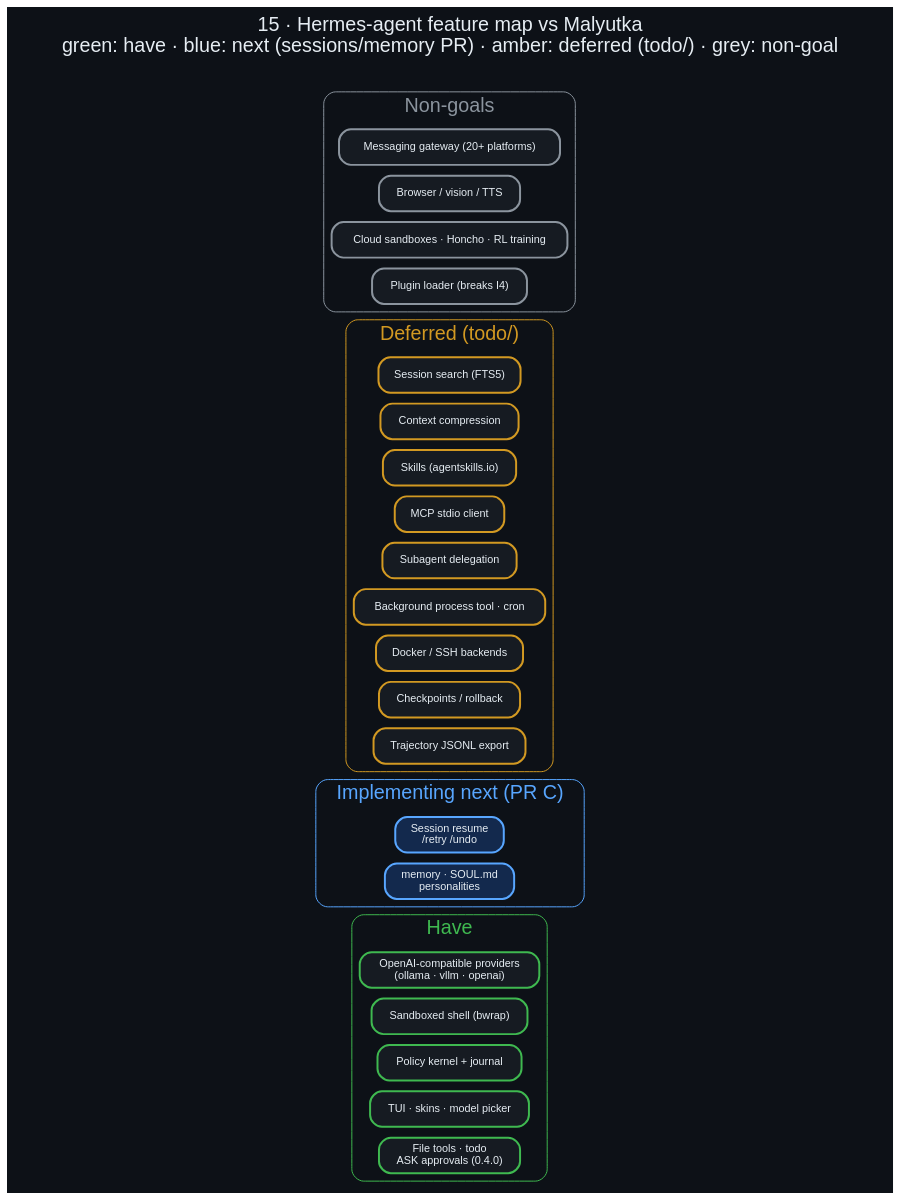
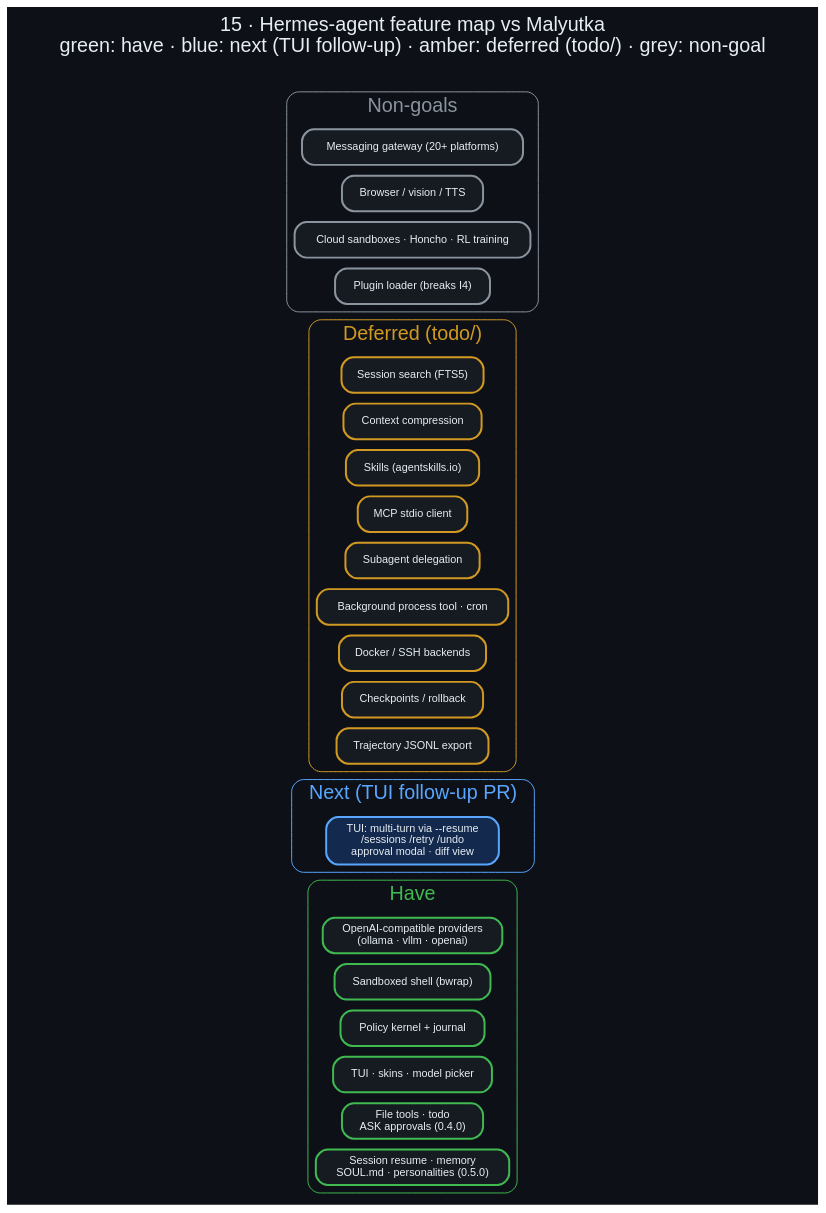
One commit to danindiana/malyutka changed the diagram in docs/diagrams/15_hermes_gap_map.dot. Above: the diagram before and after it, drawn with Graphviz. The commit also changed 37 other files, not shown here.

First line of the commit message:
feat: sessions, resume, memory, SOUL.md and personalities (v0.5.0)

```diff
--- a/docs/diagrams/15_hermes_gap_map.dot
+++ b/docs/diagrams/15_hermes_gap_map.dot
@@ -1,32 +1,32 @@
 digraph gap {
     graph [bgcolor="#0d1117", fontname="Helvetica", fontcolor="#e6edf3", labelloc="t", fontsize=20, rankdir=LR,
-           label="15 · Hermes-agent feature map vs Malyutka\ngreen: have · blue: next (sessions/memory PR) · amber: deferred (todo/) · grey: non-goal\n ", nodesep=0.15, ranksep=0.7];
+           label="15 · Hermes-agent feature map vs Malyutka\ngreen: have · blue: next (TUI follow-up) · amber: deferred (todo/) · grey: non-goal\n ", nodesep=0.15, ranksep=0.7];
     node  [fontname="Helvetica", fontcolor="#e6edf3", color="#30363d", style="filled,rounded", shape=box, penwidth=2, margin="0.22,0.14", fillcolor="#161b22", fontsize=12];
     edge  [color="#8b949e", fontname="Helvetica", fontcolor="#adbac7", penwidth=1.5, arrowsize=0.85, fontsize=10];
     node [fontsize=11, margin="0.15,0.08"];
 
     subgraph cluster_have { label="Have"; fontcolor="#3fb950"; color="#3fb950"; style="rounded";
       h1 [label="OpenAI-compatible providers\n(ollama · vllm · openai)", color="#3fb950"];
       h2 [label="Sandboxed shell (bwrap)", color="#3fb950"];
       h3 [label="Policy kernel + journal", color="#3fb950"];
       h4 [label="TUI · skins · model picker", color="#3fb950"];
-      h5 [label="File tools · todo\nASK approvals (0.4.0)", color="#3fb950"]; }
-    subgraph cluster_now { label="Implementing next (PR C)"; fontcolor="#58a6ff"; color="#58a6ff"; style="rounded";
-      n3 [label="Session resume\n/retry /undo", color="#58a6ff", fillcolor="#13294d"];
-      n4 [label="memory · SOUL.md\npersonalities", color="#58a6ff", fillcolor="#13294d"]; }
+      h5 [label="File tools · todo\nASK approvals (0.4.0)", color="#3fb950"];
+      h6 [label="Session resume · memory\nSOUL.md · personalities (0.5.0)", color="#3fb950"]; }
+    subgraph cluster_now { label="Next (TUI follow-up PR)"; fontcolor="#58a6ff"; color="#58a6ff"; style="rounded";
+      n3 [label="TUI: multi-turn via --resume\n/sessions /retry /undo\napproval modal · diff view", color="#58a6ff", fillcolor="#13294d"]; }
     subgraph cluster_def { label="Deferred (todo/)"; fontcolor="#d29922"; color="#d29922"; style="rounded";
       d1 [label="Session search (FTS5)", color="#d29922"];
       d2 [label="Context compression", color="#d29922"];
       d3 [label="Skills (agentskills.io)", color="#d29922"];
       d4 [label="MCP stdio client", color="#d29922"];
       d5 [label="Subagent delegation", color="#d29922"];
       d6 [label="Background process tool · cron", color="#d29922"];
       d7 [label="Docker / SSH backends", color="#d29922"];
       d8 [label="Checkpoints / rollback", color="#d29922"];
       d9 [label="Trajectory JSONL export", color="#d29922"]; }
     subgraph cluster_no { label="Non-goals"; fontcolor="#8b949e"; color="#8b949e"; style="rounded";
       g1 [label="Messaging gateway (20+ platforms)", color="#8b949e"];
       g2 [label="Browser / vision / TTS", color="#8b949e"];
       g3 [label="Cloud sandboxes · Honcho · RL training", color="#8b949e"];
       g4 [label="Plugin loader (breaks I4)", color="#8b949e"]; }
 }
```
